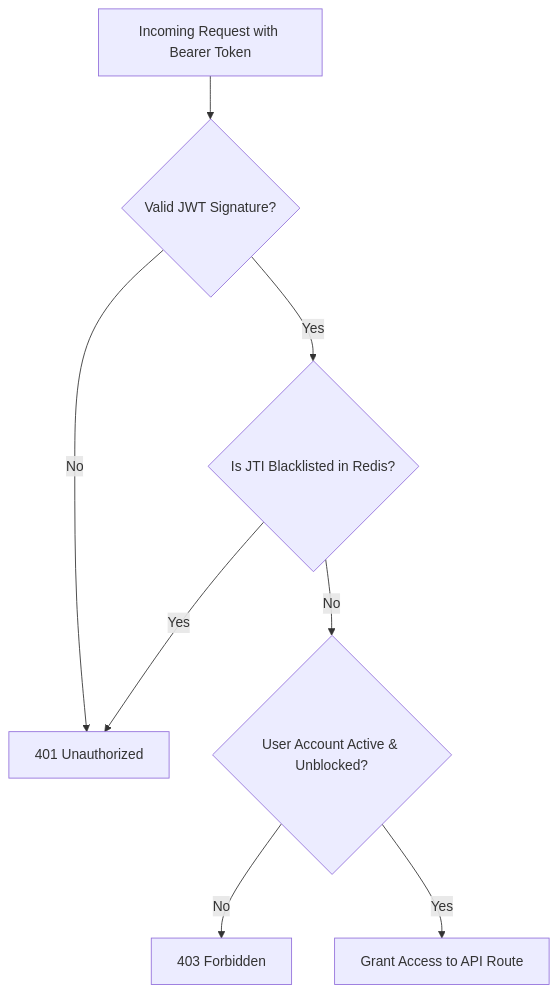
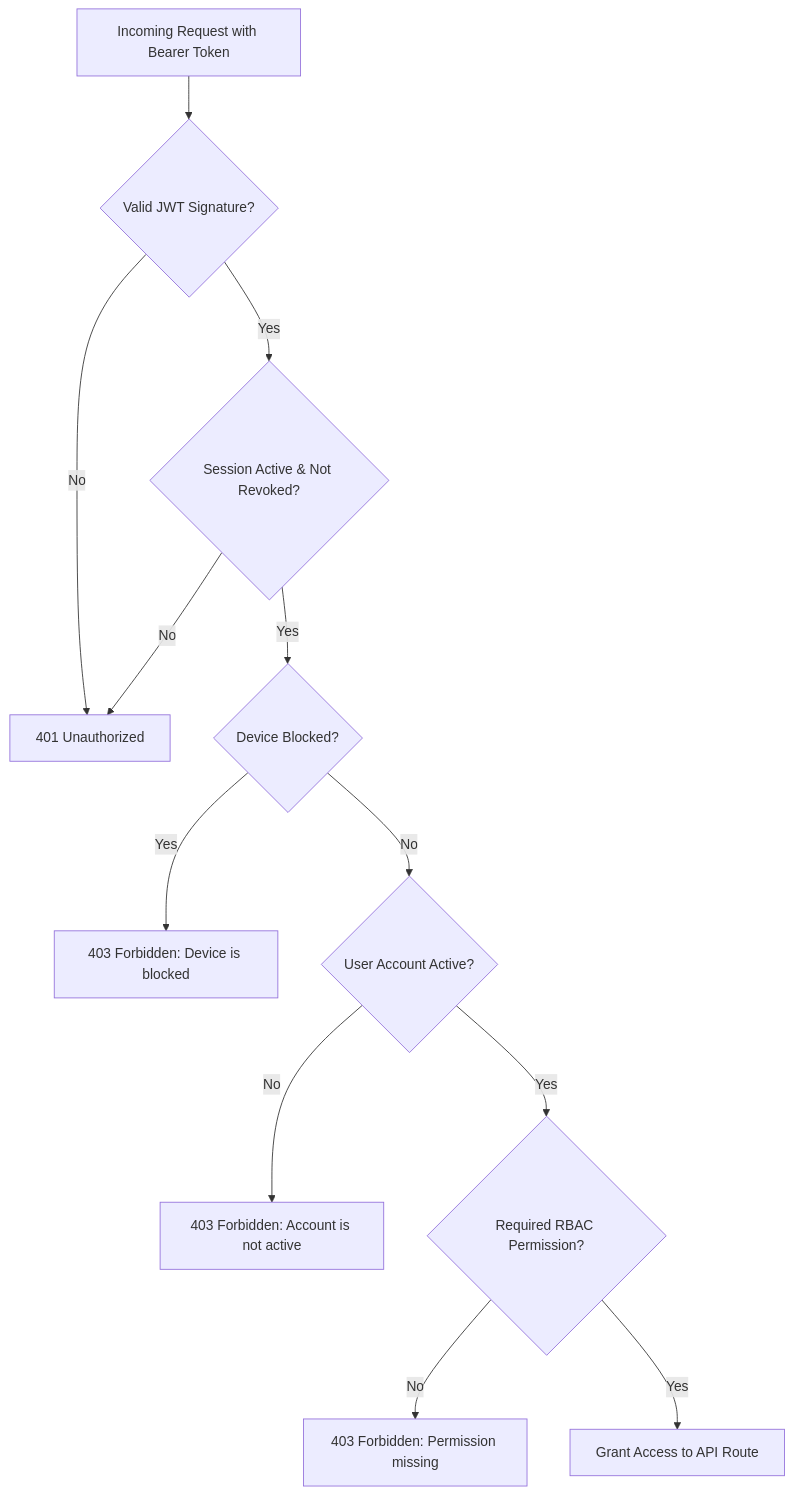
The third of 3 diagrams in SYSTEM_ARCHITECTURE.md (codebridgeService/smartpos_identity-service), drawn with Mermaid before and after one commit. The commit also changed other lines of this file and 26 other files, not shown here.

````diff
--- a/SYSTEM_ARCHITECTURE.md
+++ b/SYSTEM_ARCHITECTURE.md
@@ -199,10 +203,14 @@
 ```mermaid
 graph TD
     A[Incoming Request with Bearer Token] --> B{Valid JWT Signature?}
     B -- No --> C[401 Unauthorized]
-    B -- Yes --> D{Is JTI Blacklisted in Redis?}
-    D -- Yes --> C
-    D -- No --> E{User Account Active & Unblocked?}
-    E -- No --> F[403 Forbidden]
-    E -- Yes --> G[Grant Access to API Route]
+    B -- Yes --> D{Session Active & Not Revoked?}
+    D -- No --> C
+    D -- Yes --> E{Device Blocked?}
+    E -- Yes --> F[403 Forbidden: Device is blocked]
+    E -- No --> G{User Account Active?}
+    G -- No --> H[403 Forbidden: Account is not active]
+    G -- Yes --> I{Required RBAC Permission?}
+    I -- No --> J[403 Forbidden: Permission missing]
+    I -- Yes --> K[Grant Access to API Route]
 ```
````
